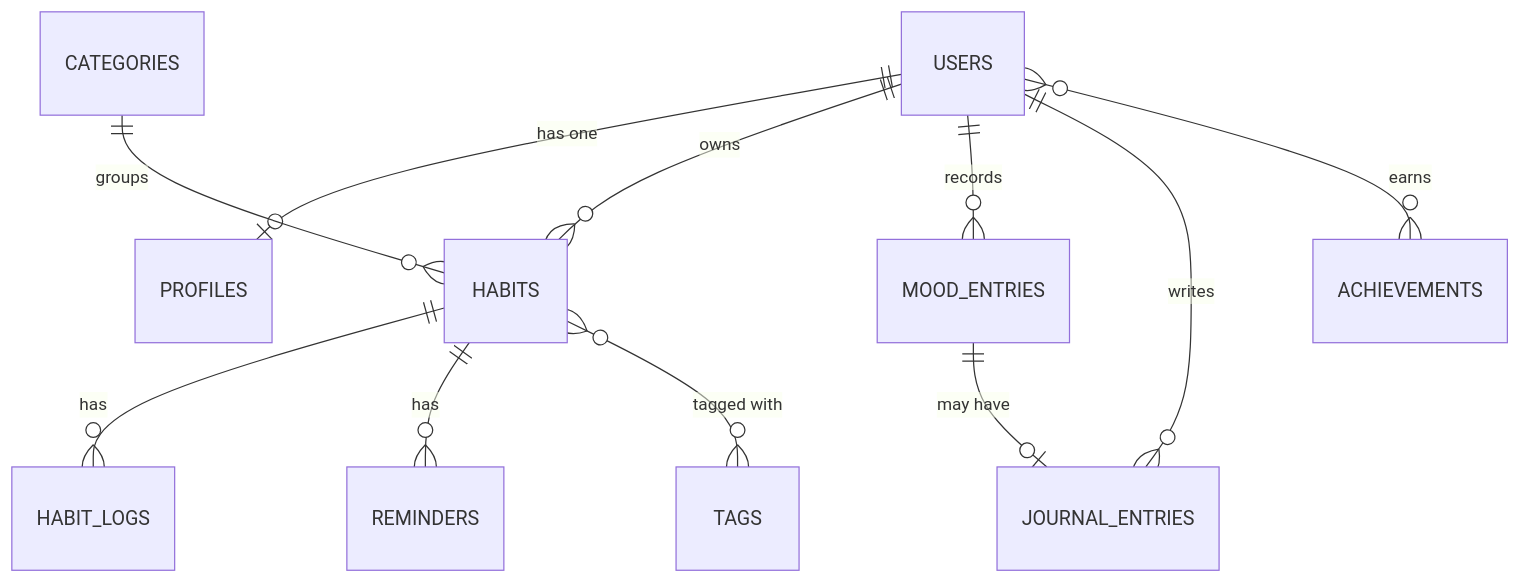
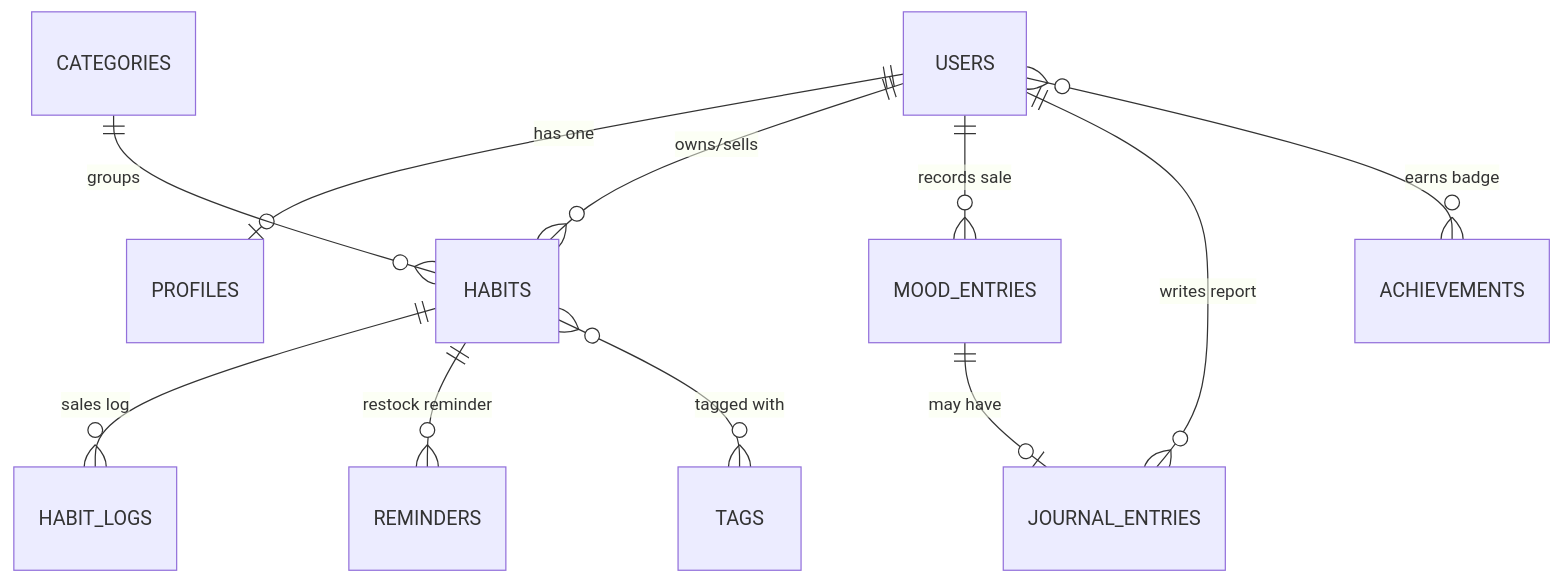
Before and after one commit to riezkyk/laravel5d: the diagram in README.md, drawn with Mermaid. The commit also changed other lines of this file and 5 other files, not shown here.

````diff
--- a/README.md
+++ b/README.md
@@ -22,13 +22,13 @@
 ```mermaid
 erDiagram
     USERS ||--o| PROFILES : "has one"
-    USERS ||--o{ HABITS : owns
-    USERS ||--o{ MOOD_ENTRIES : records
-    USERS ||--o{ JOURNAL_ENTRIES : writes
-    USERS }o--o{ ACHIEVEMENTS : earns
-    CATEGORIES ||--o{ HABITS : groups
-    HABITS ||--o{ HABIT_LOGS : has
-    HABITS ||--o{ REMINDERS : has
+    USERS ||--o{ HABITS : "owns/sells"
+    USERS ||--o{ MOOD_ENTRIES : "records sale"
+    USERS ||--o{ JOURNAL_ENTRIES : "writes report"
+    USERS }o--o{ ACHIEVEMENTS : "earns badge"
+    CATEGORIES ||--o{ HABITS : "groups"
+    HABITS ||--o{ HABIT_LOGS : "sales log"
+    HABITS ||--o{ REMINDERS : "restock reminder"
     HABITS }o--o{ TAGS : "tagged with"
     MOOD_ENTRIES ||--o| JOURNAL_ENTRIES : "may have"
 ```
````
